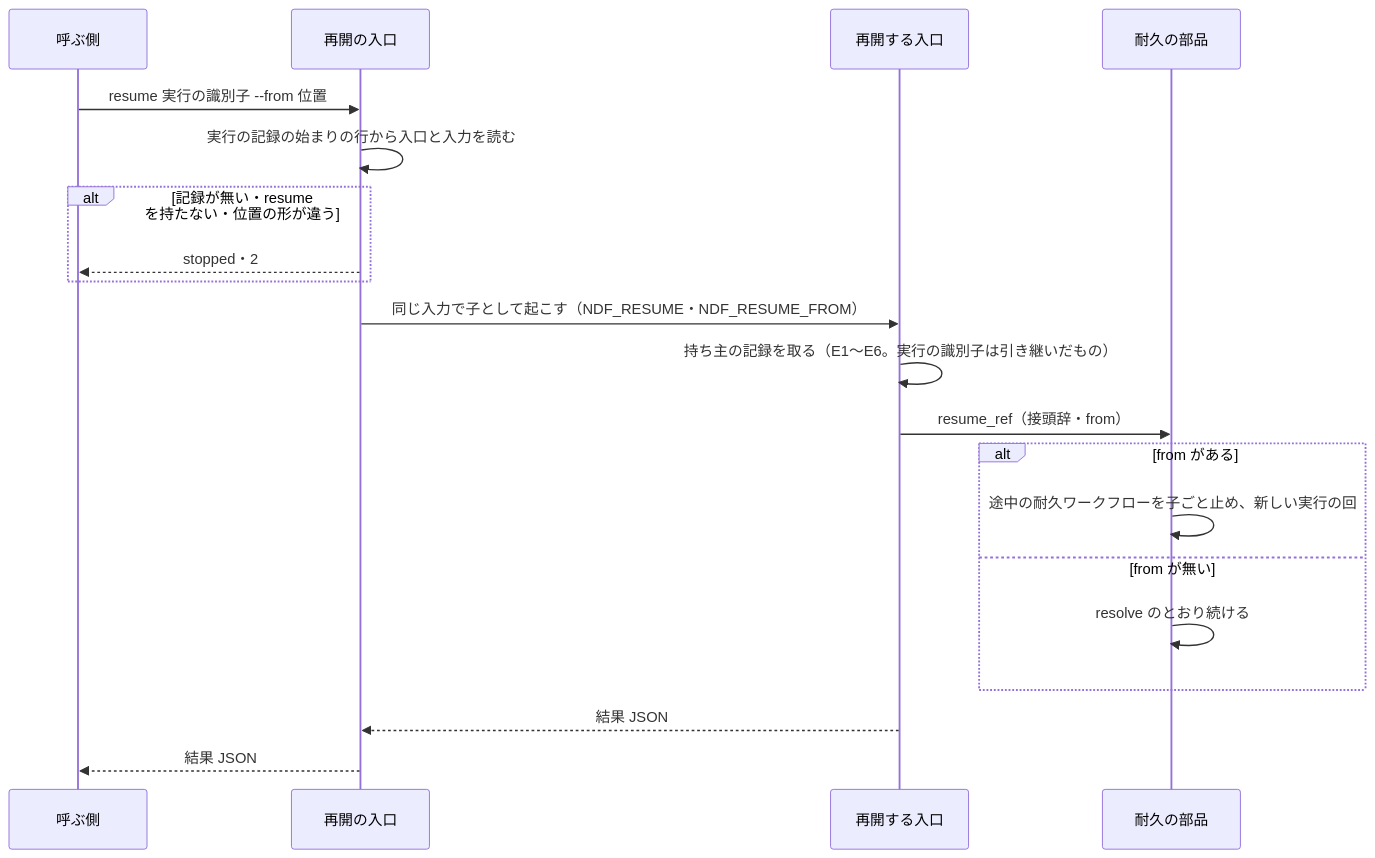
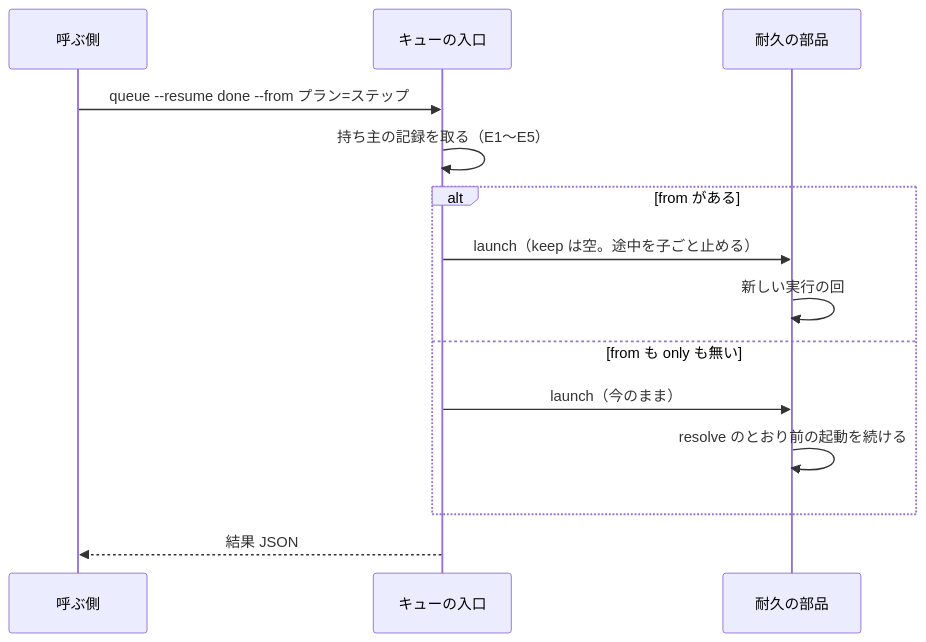
Before and after one commit to devbasex/ai-plugins: the sixth of 7 diagrams in issues/issue-2342-design.md, drawn with Mermaid. The commit also changed other lines of this file and 5 other files, not shown here.

````diff
--- a/issues/issue-2342-design.md
+++ b/issues/issue-2342-design.md
@@ -407,22 +333,16 @@
 ```mermaid
 sequenceDiagram
     participant C as 呼ぶ側
-    participant R as 再開の入口
-    participant E as 再開する入口
+    participant Q as キューの入口
     participant D as 耐久の部品
-    C->>R: resume 実行の識別子 --from 位置
-    R->>R: 実行の記録の始まりの行から入口と入力を読む
-    alt 記録が無い・resume を持たない・位置の形が違う
-        R-->>C: stopped・2
+    C->>Q: queue --resume done --from プラン=ステップ
+    Q->>Q: 持ち主の記録を取る（E1〜E5）
+    alt from がある
+        Q->>D: launch（keep は空。途中を子ごと止める）
+        D->>D: 新しい実行の回
+    else from も only も無い
+        Q->>D: launch（今のまま）
+        D->>D: resolve のとおり前の起動を続ける
     end
-    R->>E: 同じ入力で子として起こす（NDF_RESUME・NDF_RESUME_FROM）
-    E->>E: 持ち主の記録を取る（E1〜E6。実行の識別子は引き継いだもの）
-    E->>D: resume_ref（接頭辞・from）
-    alt from がある
-        D->>D: 途中の耐久ワークフローを子ごと止め、新しい実行の回
-    else from が無い
-        D->>D: resolve のとおり続ける
-    end
-    E-->>R: 結果 JSON
-    R-->>C: 結果 JSON
+    Q-->>C: 結果 JSON
 ```
````
